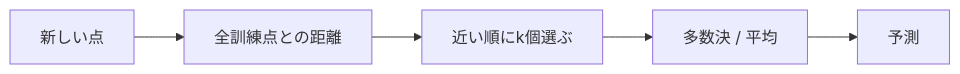
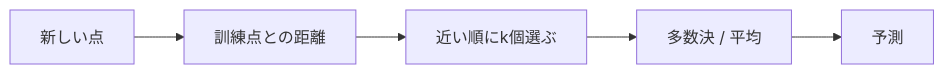
The diagram in projects/ml/notes/ml/knn/index.md (nao1215/debimate), drawn with Mermaid before and after one commit. The commit also changed other lines of this file and 19 other files, not shown here.

````diff
--- a/projects/ml/notes/ml/knn/index.md
+++ b/projects/ml/notes/ml/knn/index.md
@@ -15,7 +15,7 @@
 ```mermaid
 graph LR
-    A[新しい点] --> B[全訓練点との距離]
+    A[新しい点] --> B[訓練点との距離]
     B --> C[近い順にk個選ぶ]
     C --> D[多数決 / 平均]
     D --> E[予測]
 ```
````
